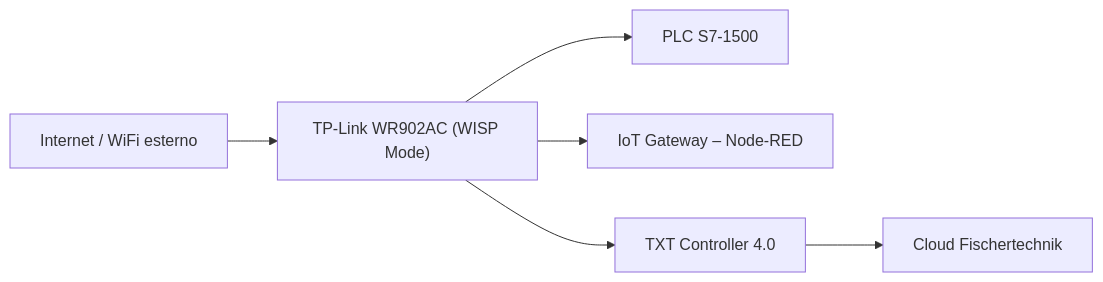
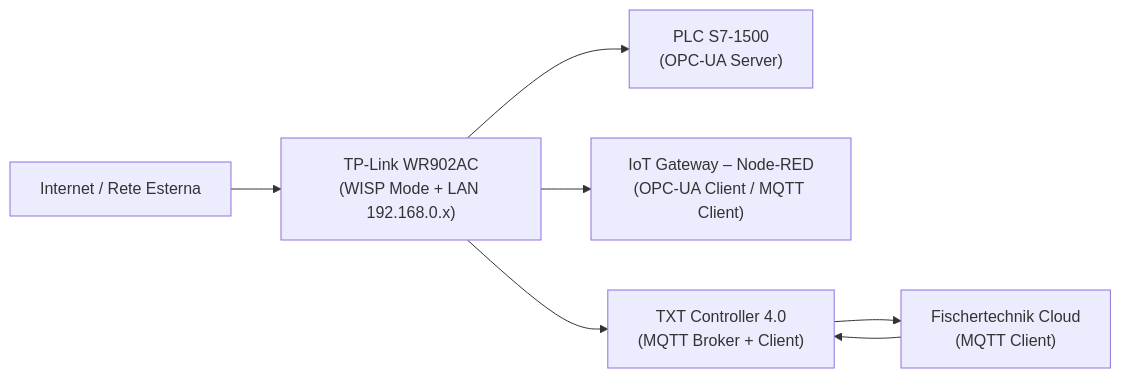
Before and after one commit to Youss-elji/my-vault: the diagram in microfactory-fischertechnik/02_Componenti_Hardware/02.10_TPLink_Router_WR902AC.md.md, drawn with Mermaid. The commit also changed other lines of this file and 15 other files, not shown here.

````diff
--- a/microfactory-fischertechnik/02_Componenti_Hardware/02.10_TPLink_Router_WR902AC.md.md
+++ b/microfactory-fischertechnik/02_Componenti_Hardware/02.10_TPLink_Router_WR902AC.md.md
@@ -76,15 +109,19 @@
 ```mermaid
 flowchart LR
-  INTERNET["Internet / WiFi esterno"];
-  ROUTER["TP-Link WR902AC (WISP Mode)"];
-  PLC["PLC S7-1500"];
-  GATEWAY["IoT Gateway – Node-RED"];
-  TXT["TXT Controller 4.0"];
-  CLOUD["Cloud Fischertechnik"];
+  INTERNET["Internet / Rete Esterna"]
+  ROUTER["TP-Link WR902AC<br>(WISP Mode + LAN 192.168.0.x)"]
+  PLC["PLC S7-1500<br>(OPC-UA Server)"]
+  GATEWAY["IoT Gateway – Node-RED<br>(OPC-UA Client / MQTT Client)"]
+  TXT["TXT Controller 4.0<br>(MQTT Broker + Client)"]
+  CLOUD["Fischertechnik Cloud<br>(MQTT Client)"]
 
-  INTERNET --> ROUTER;
-  ROUTER --> PLC;
-  ROUTER --> GATEWAY;
-  ROUTER --> TXT;
-  TXT --> CLOUD;
+  INTERNET --> ROUTER
+
+  ROUTER --> PLC
+  ROUTER --> GATEWAY
+  ROUTER --> TXT
+
+  TXT --> CLOUD
+  CLOUD --> TXT
+
 ```
````
